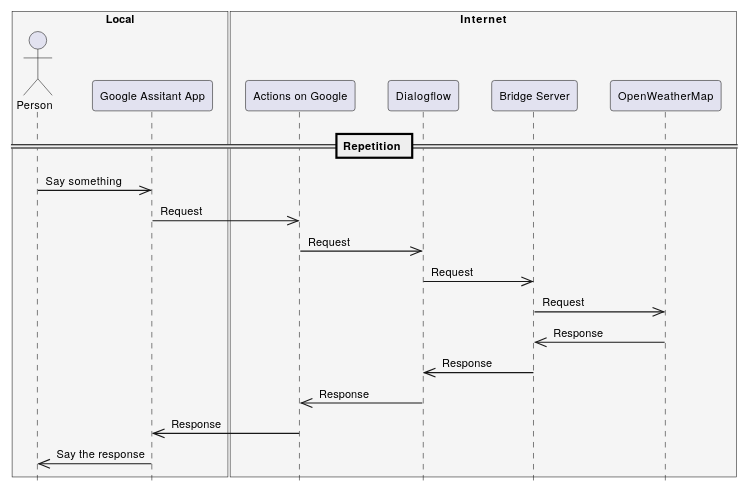
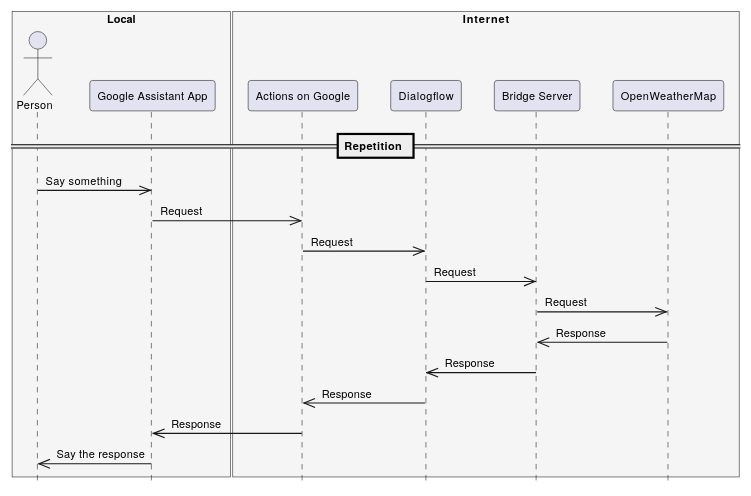
One commit to kotobuki/Hardware-Sketching-Workshop-in-Taipei changed the third of 4 diagrams in dialogflow.md. Above: the diagram before and after it, drawn with PlantUML. The commit also changed other lines of this file and 2 other files, not shown here.

````diff
--- a/dialogflow.md
+++ b/dialogflow.md
@@ -152,33 +162,33 @@
 ```plantuml
 @startuml
 hide footbox
 skinparam defaultFontName Helvetica Neue
 skinparam DefaultFontSize 10
 skinparam Shadowing false
 skinparam ParticipantPadding 10
 
 box "Local" #WhiteSmoke
 actor Person
-participant "Google Assitant App" as App
+participant "Google Assistant App" as App
 end box
 
 box "Internet" #WhiteSmoke
 participant "Actions on Google" as AoG
 participant "Dialogflow" as Dialogflow
 participant "Bridge Server" as Bridge
 participant "OpenWeatherMap" as OWM
 end box
 
 == Repetition ==
 Person ->> App : Say something
 App ->> AoG : Request
 AoG ->> Dialogflow : Request
 Dialogflow ->> Bridge : Request
 Bridge ->> OWM : Request
 OWM ->> Bridge : Response
 Bridge ->> Dialogflow : Response
 Dialogflow ->> AoG : Response
 AoG ->> App : Response
 App ->> Person : Say the response
 @enduml
 ```
````
